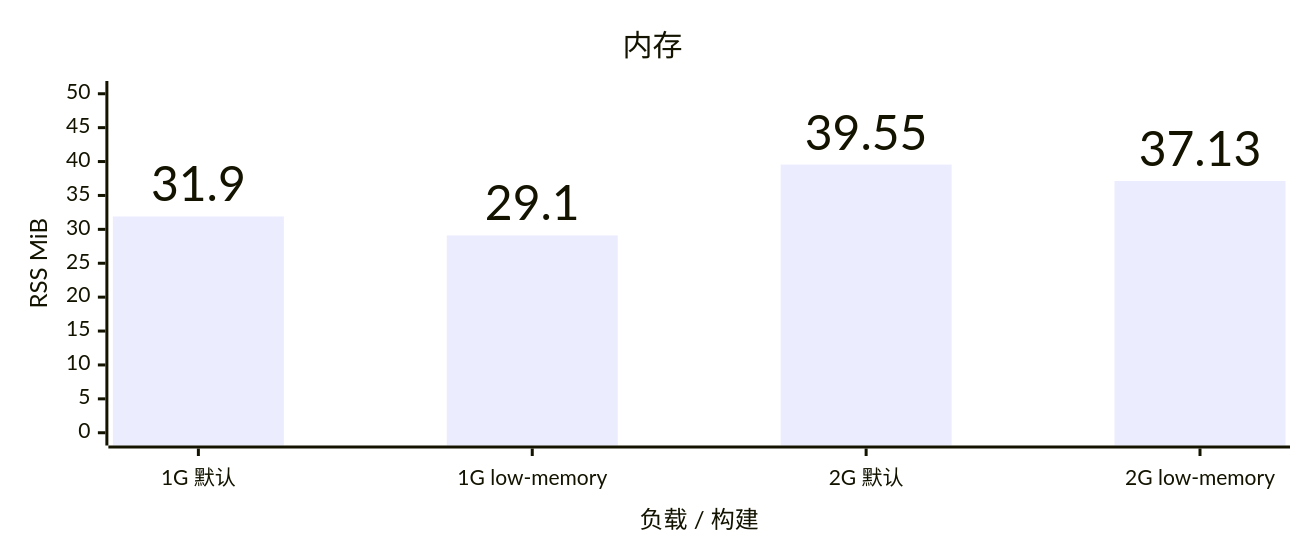
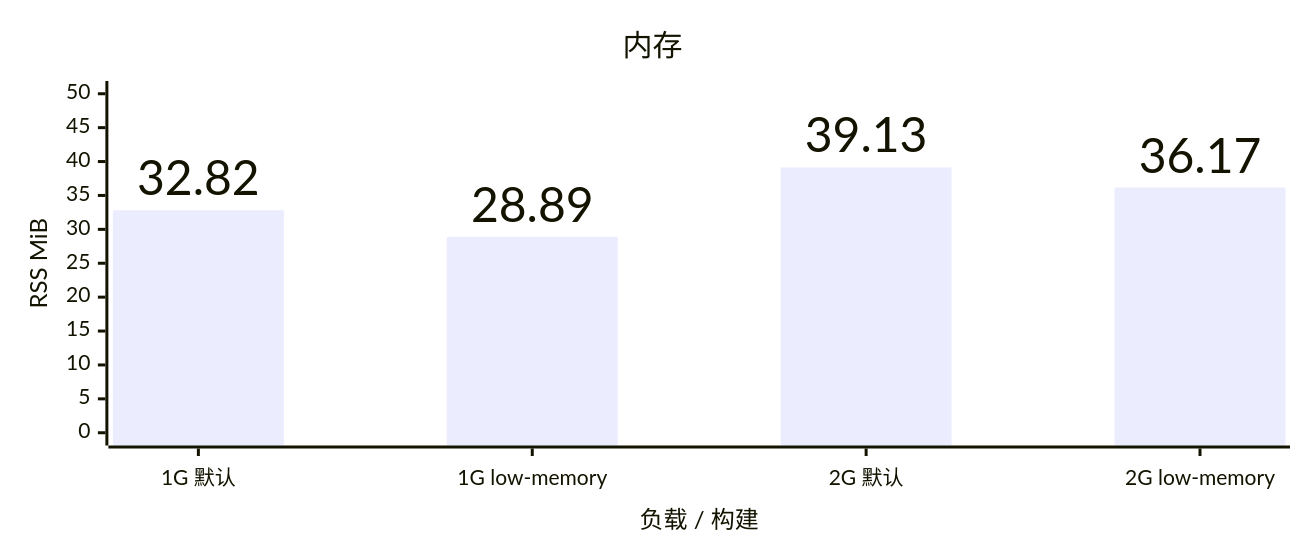
One commit to YuanDevTeam/Vole changed the third of 4 diagrams in docs/benchmark.md. Above: the diagram before and after it, drawn with Mermaid. The commit also changed other lines of this file and 1 other file, not shown here.

````diff
--- a/docs/benchmark.md
+++ b/docs/benchmark.md
@@ -51,15 +49,15 @@
 ```mermaid
 ---
 config:
   xyChart:
     width: 850
     height: 350
     showDataLabel: true
     showDataLabelOutsideBar: true
 ---
 xychart
     title "内存"
     x-axis "负载 / 构建" ["1G 默认", "1G low-memory", "2G 默认", "2G low-memory"]
     y-axis "RSS MiB" 0 --> 50
-    bar [31.90, 29.10, 39.55, 37.13]
+    bar [32.82, 28.89, 39.13, 36.17]
 ```
````
